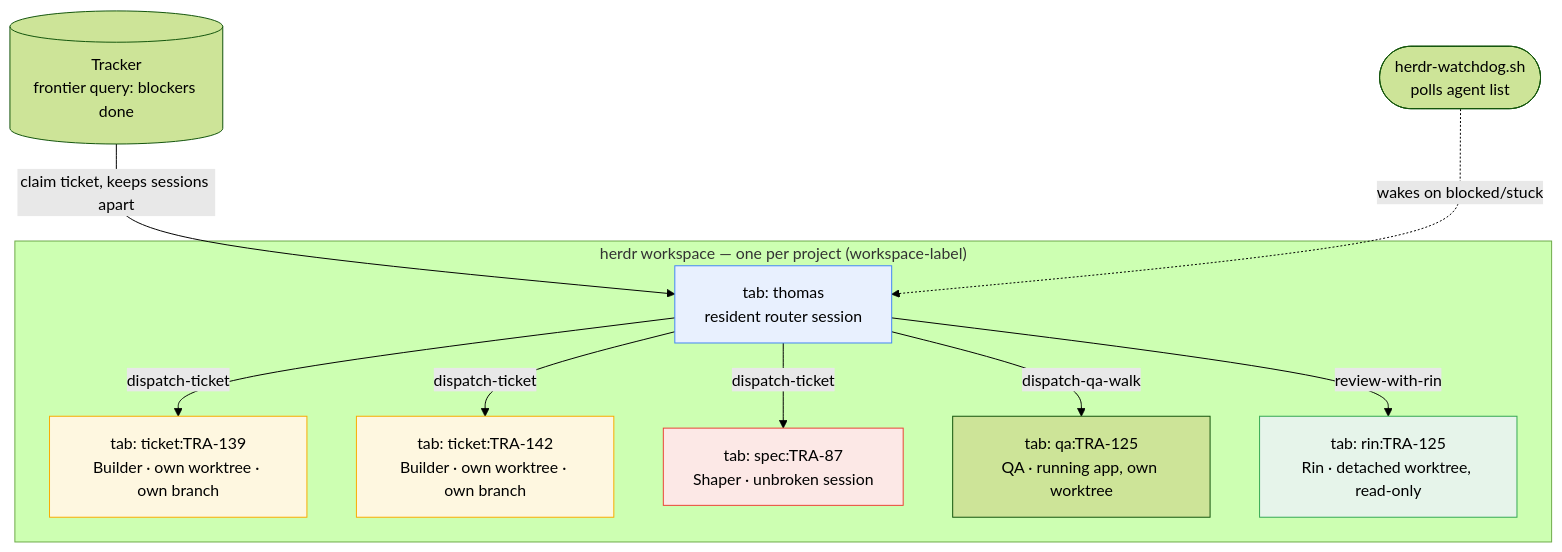
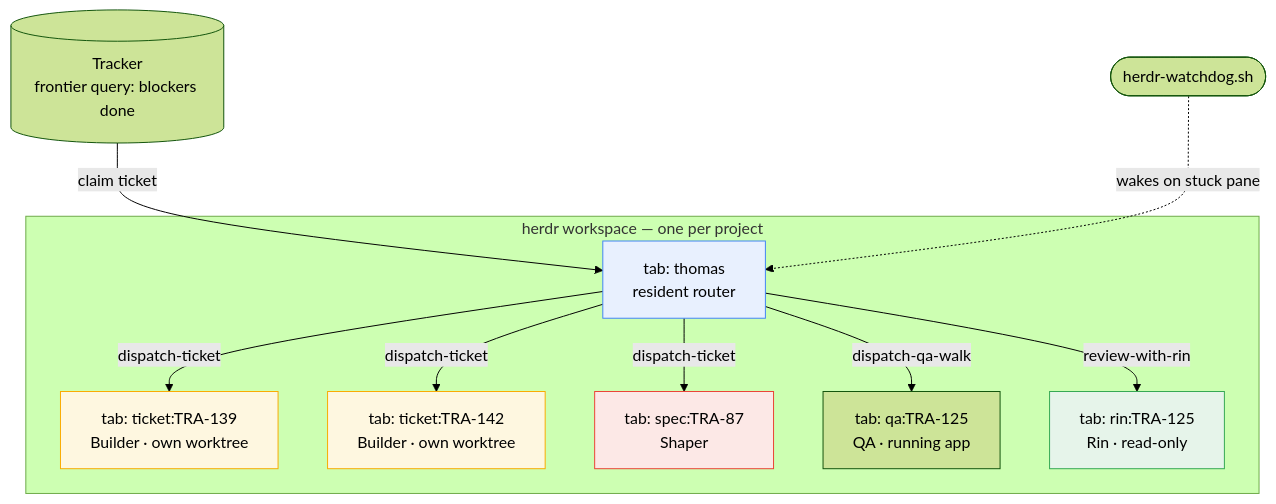
The second of 3 diagrams in README.md (thientranhung/astragentic), drawn with Mermaid (forest theme) before and after one commit. The commit also changed other lines of this file, not shown here.

Commit message:
README: rewrite with storytelling flow — pain points, solutions, tech stack, installation

````diff
--- a/README.md
+++ b/README.md
@@ -75,27 +153,27 @@
 ```mermaid
 flowchart TB
     Tracker[("Tracker\nfrontier query: blockers done")]
 
-    subgraph WS["herdr workspace — one per project (workspace-label)"]
-        T["tab: thomas\nresident router session"]
-        T1["tab: ticket:TRA-139\nBuilder · own worktree · own branch"]
-        T2["tab: ticket:TRA-142\nBuilder · own worktree · own branch"]
-        T3["tab: spec:TRA-87\nShaper · unbroken session"]
-        T4["tab: qa:TRA-125\nQA · running app, own worktree"]
-        T5["tab: rin:TRA-125\nRin · detached worktree, read-only"]
+    subgraph WS["herdr workspace — one per project"]
+        T["tab: thomas\nresident router"]
+        T1["tab: ticket:TRA-139\nBuilder · own worktree"]
+        T2["tab: ticket:TRA-142\nBuilder · own worktree"]
+        T3["tab: spec:TRA-87\nShaper"]
+        T4["tab: qa:TRA-125\nQA · running app"]
+        T5["tab: rin:TRA-125\nRin · read-only"]
     end
 
-    Tracker -->|claim ticket, keeps sessions apart| T
+    Tracker -->|claim ticket| T
     T -->|dispatch-ticket| T1
     T -->|dispatch-ticket| T2
     T -->|dispatch-ticket| T3
     T -->|dispatch-qa-walk| T4
     T -->|review-with-rin| T5
-    Watchdog(["herdr-watchdog.sh\npolls agent list"]) -.->|wakes on blocked/stuck| T
+    Watchdog(["herdr-watchdog.sh"]) -.->|wakes on stuck pane| T
 
     style T fill:#e8f0fe,stroke:#4285f4
     style T1 fill:#fef7e0,stroke:#f9ab00
     style T2 fill:#fef7e0,stroke:#f9ab00
     style T3 fill:#fce8e6,stroke:#ea4335
     style T5 fill:#e6f4ea,stroke:#34a853
 ```
````
